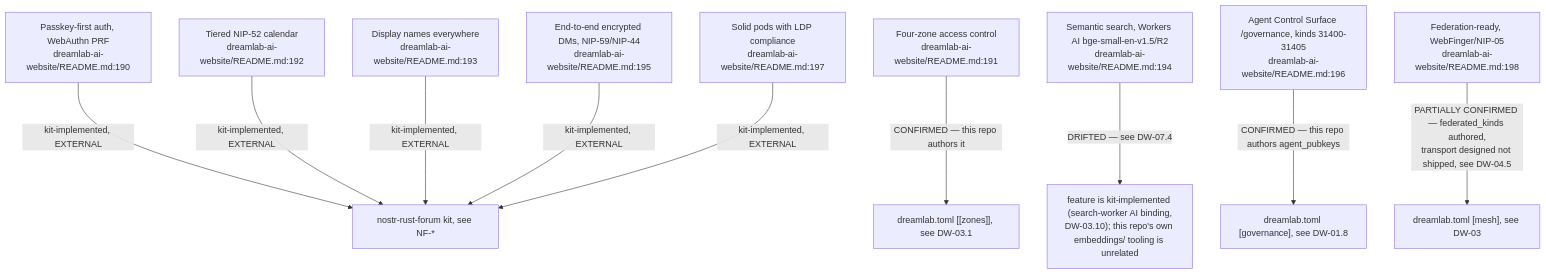
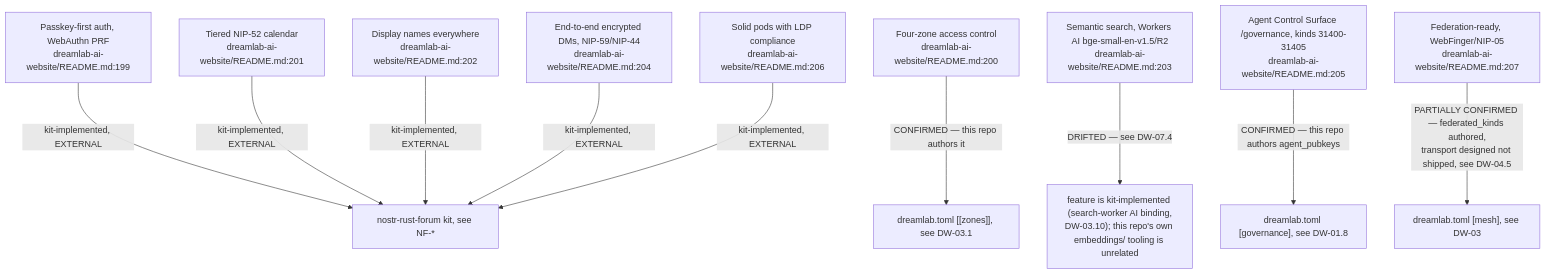
Before and after one commit to DreamLab-AI/VisionFlow: the seventh of 7 diagrams in docs/diagrams/dreamlab-ai-website/06-content-pipeline-and-invariants-register.md, drawn with Mermaid. The commit also changed other lines of this file and 136 other files, not shown here.

First line of the commit message:
docs(diagrams): refresh the whole corpus to code HEAD and prune low-value diagrams

````diff
--- a/docs/diagrams/dreamlab-ai-website/06-content-pipeline-and-invariants-register.md
+++ b/docs/diagrams/dreamlab-ai-website/06-content-pipeline-and-invariants-register.md
@@ -154,12 +129,12 @@
 ```mermaid
 flowchart TB
-    F1["Passkey-first auth, WebAuthn PRF<br/>dreamlab-ai-website/README.md:190"] -->|kit-implemented, EXTERNAL| KIT["nostr-rust-forum kit, see NF-*"]
-    F2["Four-zone access control<br/>dreamlab-ai-website/README.md:191"] -->|"CONFIRMED — this repo authors it"| DW03["dreamlab.toml [[zones]], see DW-03.1"]
-    F3["Tiered NIP-52 calendar<br/>dreamlab-ai-website/README.md:192"] -->|kit-implemented, EXTERNAL| KIT
-    F4["Display names everywhere<br/>dreamlab-ai-website/README.md:193"] -->|kit-implemented, EXTERNAL| KIT
-    F5["Semantic search, Workers AI bge-small-en-v1.5/R2<br/>dreamlab-ai-website/README.md:194"] -->|"DRIFTED — see DW-07.4"| DRIFT["feature is kit-implemented (search-worker AI binding,<br/>DW-03.10); this repo's own embeddings/ tooling is unrelated"]
-    F6["End-to-end encrypted DMs, NIP-59/NIP-44<br/>dreamlab-ai-website/README.md:195"] -->|kit-implemented, EXTERNAL| KIT
-    F7["Agent Control Surface /governance, kinds 31400-31405<br/>dreamlab-ai-website/README.md:196"] -->|"CONFIRMED — this repo authors agent_pubkeys"| DW03B["dreamlab.toml [governance], see DW-01.8"]
-    F8["Solid pods with LDP compliance<br/>dreamlab-ai-website/README.md:197"] -->|kit-implemented, EXTERNAL| KIT
-    F9["Federation-ready, WebFinger/NIP-05<br/>dreamlab-ai-website/README.md:198"] -->|"PARTIALLY CONFIRMED — federated_kinds authored,<br/>transport designed not shipped, see DW-04.5"| DW04["dreamlab.toml [mesh], see DW-03"]
+    F1["Passkey-first auth, WebAuthn PRF<br/>dreamlab-ai-website/README.md:199"] -->|kit-implemented, EXTERNAL| KIT["nostr-rust-forum kit, see NF-*"]
+    F2["Four-zone access control<br/>dreamlab-ai-website/README.md:200"] -->|"CONFIRMED — this repo authors it"| DW03["dreamlab.toml [[zones]], see DW-03.1"]
+    F3["Tiered NIP-52 calendar<br/>dreamlab-ai-website/README.md:201"] -->|kit-implemented, EXTERNAL| KIT
+    F4["Display names everywhere<br/>dreamlab-ai-website/README.md:202"] -->|kit-implemented, EXTERNAL| KIT
+    F5["Semantic search, Workers AI bge-small-en-v1.5/R2<br/>dreamlab-ai-website/README.md:203"] -->|"DRIFTED — see DW-07.4"| DRIFT["feature is kit-implemented (search-worker AI binding,<br/>DW-03.10); this repo's own embeddings/ tooling is unrelated"]
+    F6["End-to-end encrypted DMs, NIP-59/NIP-44<br/>dreamlab-ai-website/README.md:204"] -->|kit-implemented, EXTERNAL| KIT
+    F7["Agent Control Surface /governance, kinds 31400-31405<br/>dreamlab-ai-website/README.md:205"] -->|"CONFIRMED — this repo authors agent_pubkeys"| DW03B["dreamlab.toml [governance], see DW-01.8"]
+    F8["Solid pods with LDP compliance<br/>dreamlab-ai-website/README.md:206"] -->|kit-implemented, EXTERNAL| KIT
+    F9["Federation-ready, WebFinger/NIP-05<br/>dreamlab-ai-website/README.md:207"] -->|"PARTIALLY CONFIRMED — federated_kinds authored,<br/>transport designed not shipped, see DW-04.5"| DW04["dreamlab.toml [mesh], see DW-03"]
 ```
````
